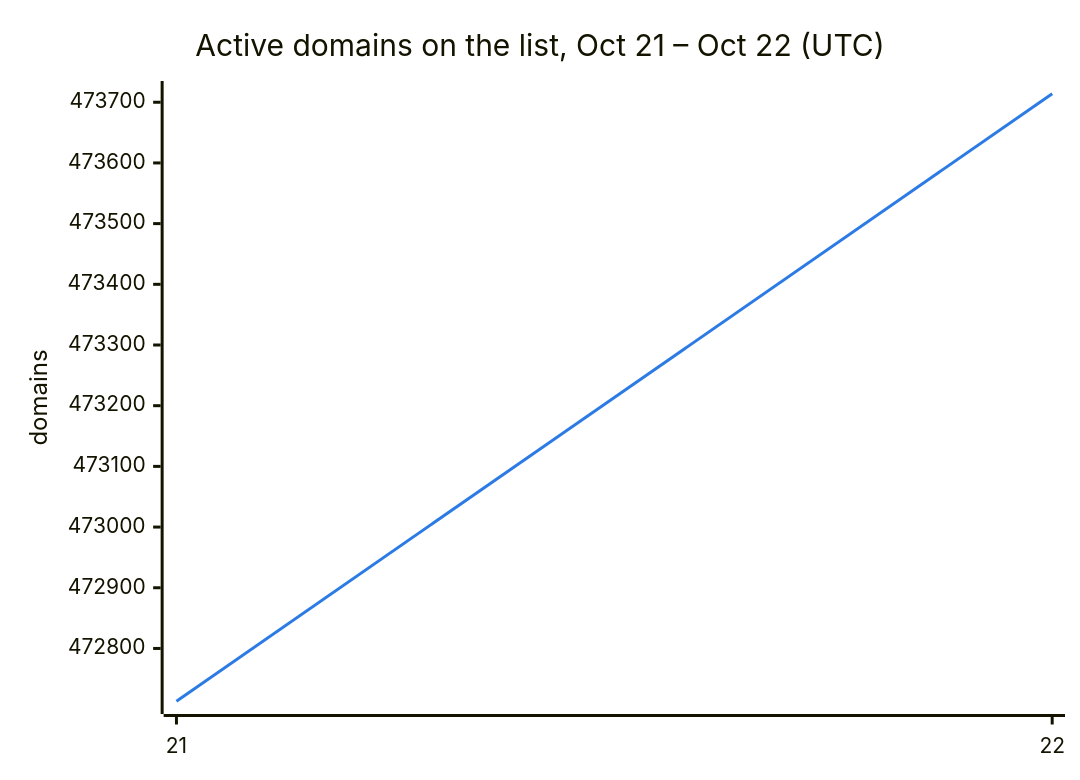
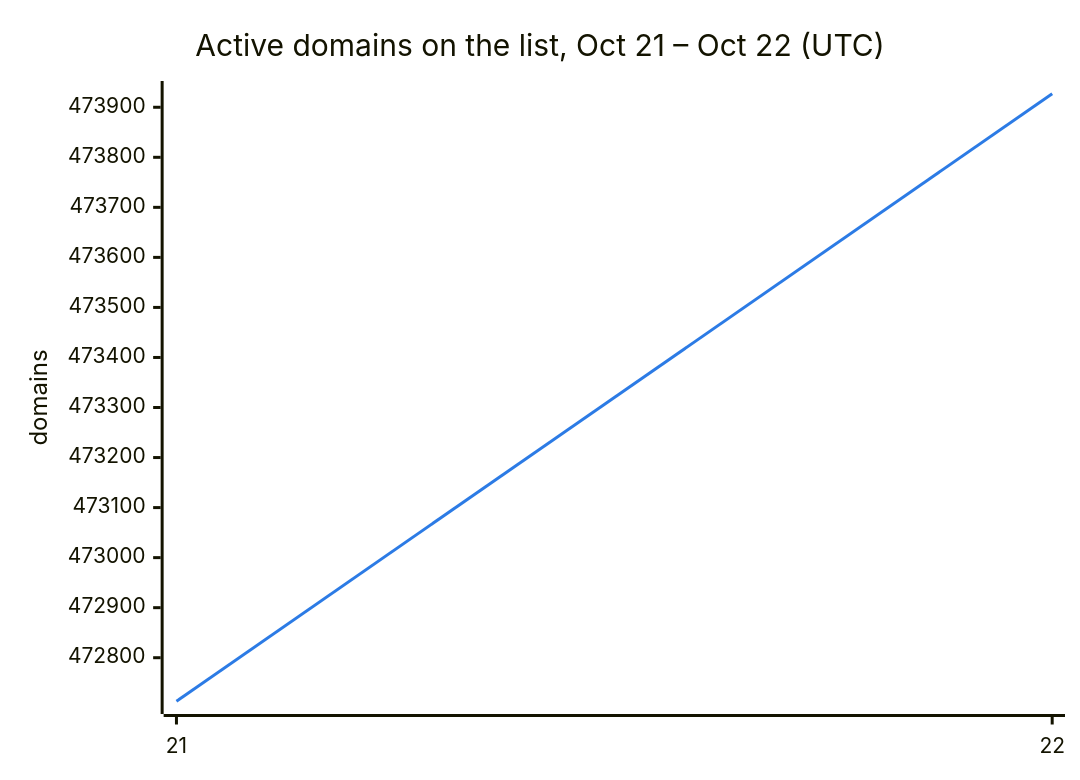
The second of 3 diagrams in README.md (DNSBunker/CTI), drawn with Mermaid before and after one commit. The commit also changed other lines of this file and 3 other files, not shown here.

````diff
--- a/README.md
+++ b/README.md
@@ -38,8 +38,8 @@
 ```mermaid
 %%{init: {"themeVariables": {"xyChart": {"plotColorPalette": "#2c7be5"}}}}%%
 xychart-beta
     title "Active domains on the list, Oct 21 – Oct 22 (UTC)"
     x-axis ["21", "22"]
     y-axis "domains"
-    line [472713, 473714]
+    line [472713, 473927]
 ```
````
